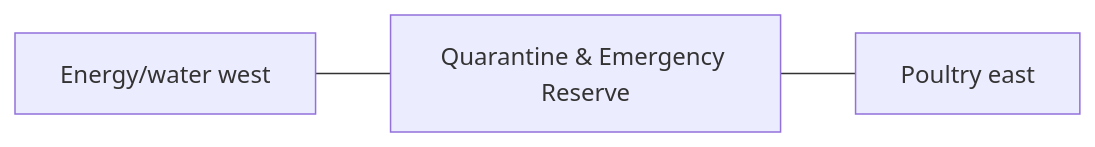
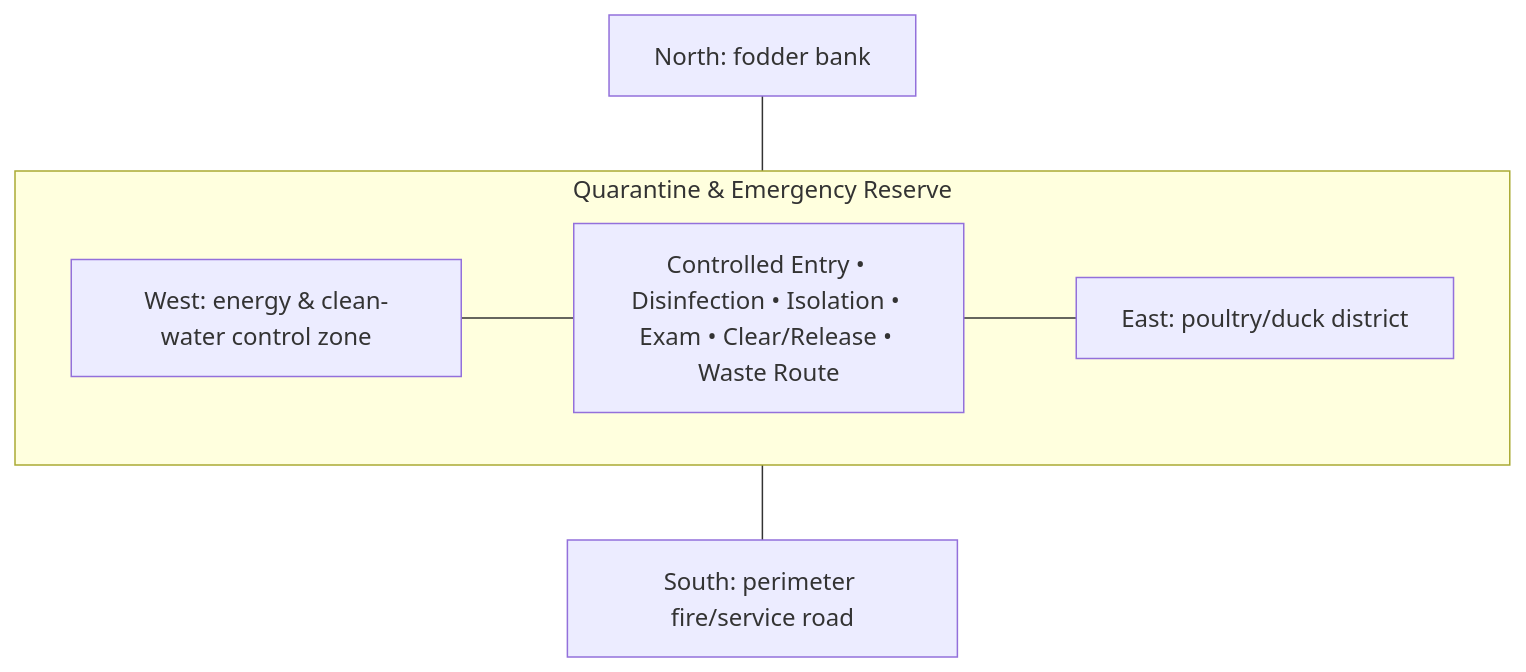
One commit to agro-firm/Self-Sufficient-Eco-Farm changed the diagram in spaces/14-quarantine-emergency/ARCHITECTURE.md. Above: the diagram before and after it, drawn with Mermaid. The commit also changed other lines of this file and 31 other files, not shown here.

Commit message:
Add full per-space architecture and blueprint authorities

````diff
--- a/spaces/14-quarantine-emergency/ARCHITECTURE.md
+++ b/spaces/14-quarantine-emergency/ARCHITECTURE.md
@@ -36,7 +52,14 @@
 ```mermaid
-flowchart LR
-    A["Energy/water west"]
-    S["Quarantine & Emergency Reserve"]
-    B["Poultry east"]
-    A --- S --- B
+flowchart TB
+    N["North: fodder bank"]
+    subgraph ROW["Quarantine & Emergency Reserve"]
+      direction LR
+      W["West: energy & clean-water control zone"]
+      C["Controlled Entry • Disinfection • Isolation • Exam • Clear/Release • Waste Route"]
+      E["East: poultry/duck district"]
+      W --- C --- E
+    end
+    S["South: perimeter fire/service road"]
+    N --- C
+    C --- S
 ```
````
